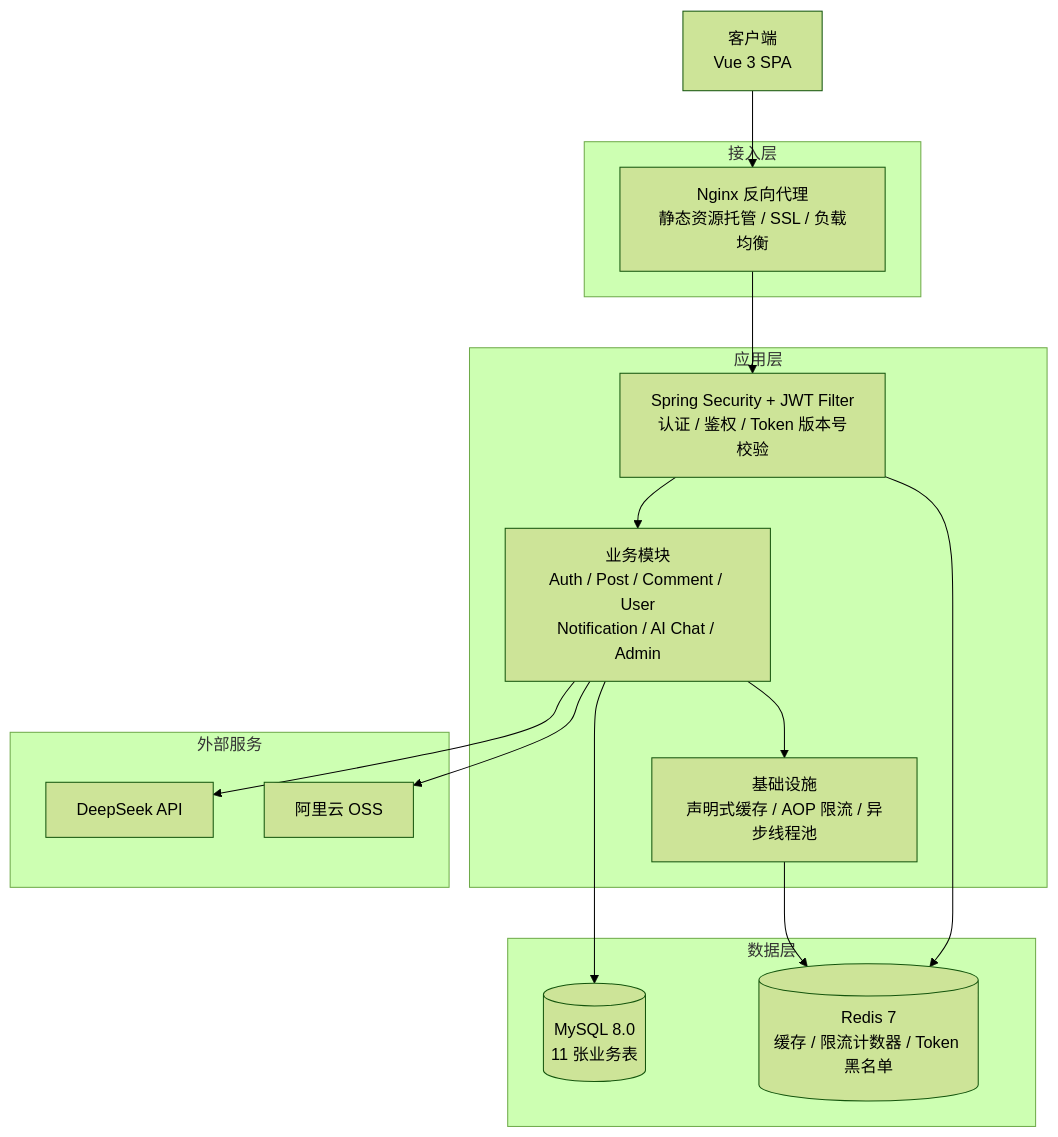
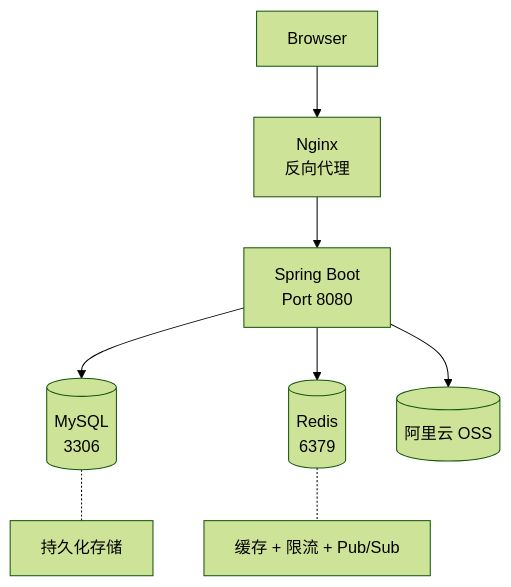
Before and after one commit to liliopq/ai-hub: the first of 4 diagrams in INTERVIEW_ARCHITECTURE.md, drawn with Mermaid (forest theme).

Commit message:
docs: 简化整体架构图为面试展示版

````diff
--- a/INTERVIEW_ARCHITECTURE.md
+++ b/INTERVIEW_ARCHITECTURE.md
@@ -9,34 +9,19 @@
 ```mermaid
 graph TB
-    CLIENT[客户端<br/>Vue 3 SPA]
+    BROWSER[Browser]
+    NGINX[Nginx<br/>反向代理]
+    SPRING[Spring Boot<br/>Port 8080]
 
-    subgraph 接入层
-        NGINX[Nginx 反向代理<br/>静态资源托管 / SSL / 负载均衡]
-    end
+    MYSQL[(MySQL<br/>3306)]
+    REDIS[(Redis<br/>6379)]
+    OSS[(阿里云 OSS)]
 
-    subgraph 应用层
-        SECURITY[Spring Security + JWT Filter<br/>认证 / 鉴权 / Token 版本号校验]
-        BIZ[业务模块<br/>Auth / Post / Comment / User<br/>Notification / AI Chat / Admin]
-        INFRA[基础设施<br/>声明式缓存 / AOP 限流 / 异步线程池]
-    end
+    BROWSER --> NGINX
+    NGINX --> SPRING
+    SPRING --> MYSQL
+    SPRING --> REDIS
+    SPRING --> OSS
 
-    subgraph 数据层
-        MYSQL[(MySQL 8.0<br/>11 张业务表)]
-        REDIS[(Redis 7<br/>缓存 / 限流计数器 / Token 黑名单)]
-    end
-
-    subgraph 外部服务
-        AI_API[DeepSeek API]
-        OSS[阿里云 OSS]
-    end
-
-    CLIENT --> NGINX
-    NGINX --> SECURITY
-    SECURITY --> BIZ
-    BIZ --> INFRA
-    BIZ --> MYSQL
-    INFRA --> REDIS
-    SECURITY --> REDIS
-    BIZ --> AI_API
-    BIZ --> OSS
+    MYSQL -.- MYSQL_DESC[持久化存储]
+    REDIS -.- REDIS_DESC[缓存 + 限流 + Pub/Sub]
 ```
````
